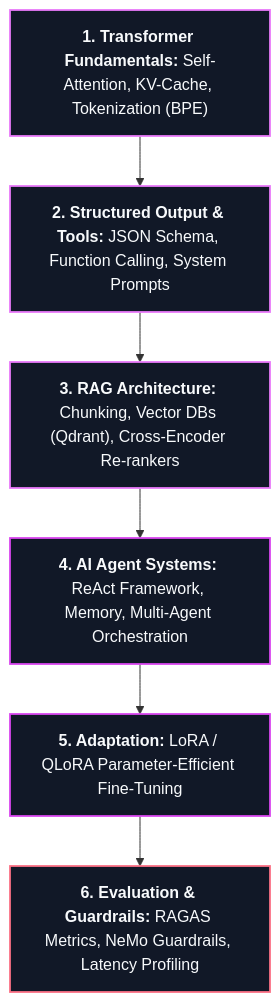
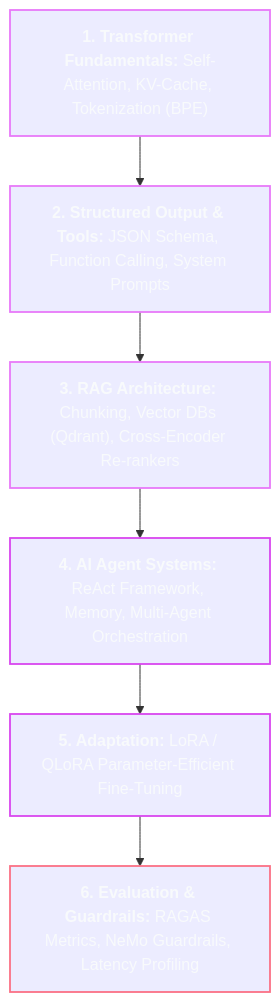
The diagram in BrainOS/08 - LLM & GenAI/LLM Engineering.md (abhinavbharti2345/CS_Notes), drawn with Mermaid before and after one commit. The commit also changed 26 other files, not shown here.

Commit message:
feat: initialize BrainOS knowledge base with foundational curriculum and roadmap notes

````diff
--- a/BrainOS/08 - LLM & GenAI/LLM Engineering.md
+++ b/BrainOS/08 - LLM & GenAI/LLM Engineering.md
@@ -37,15 +37,15 @@
 ```mermaid
 flowchart TD
     L1["<b>1. Transformer Fundamentals:</b> Self-Attention, KV-Cache, Tokenization (BPE)"] --> L2["<b>2. Structured Output & Tools:</b> JSON Schema, Function Calling, System Prompts"]
     L2 --> L3["<b>3. RAG Architecture:</b> Chunking, Vector DBs (Qdrant), Cross-Encoder Re-rankers"]
     L3 --> L4["<b>4. AI Agent Systems:</b> ReAct Framework, Memory, Multi-Agent Orchestration"]
     L4 --> L5["<b>5. Adaptation:</b> LoRA / QLoRA Parameter-Efficient Fine-Tuning"]
     L5 --> L6["<b>6. Evaluation & Guardrails:</b> RAGAS Metrics, NeMo Guardrails, Latency Profiling"]
 
-    style L1 fill:#111827,stroke:#E879F9,stroke-width:1.8px,color:#F8FAFC
-    style L2 fill:#111827,stroke:#E879F9,stroke-width:1.8px,color:#F8FAFC
-    style L3 fill:#111827,stroke:#E879F9,stroke-width:1.8px,color:#F8FAFC
-    style L4 fill:#111827,stroke:#D946EF,stroke-width:1.8px,color:#F8FAFC
-    style L5 fill:#111827,stroke:#D946EF,stroke-width:1.8px,color:#F8FAFC
-    style L6 fill:#111827,stroke:#FB7185,stroke-width:1.8px,color:#F8FAFC
+    style L1 stroke:#E879F9,stroke-width:1.8px,color:#F8FAFC
+    style L2 stroke:#E879F9,stroke-width:1.8px,color:#F8FAFC
+    style L3 stroke:#E879F9,stroke-width:1.8px,color:#F8FAFC
+    style L4 stroke:#D946EF,stroke-width:1.8px,color:#F8FAFC
+    style L5 stroke:#D946EF,stroke-width:1.8px,color:#F8FAFC
+    style L6 stroke:#FB7185,stroke-width:1.8px,color:#F8FAFC
 ```
````
